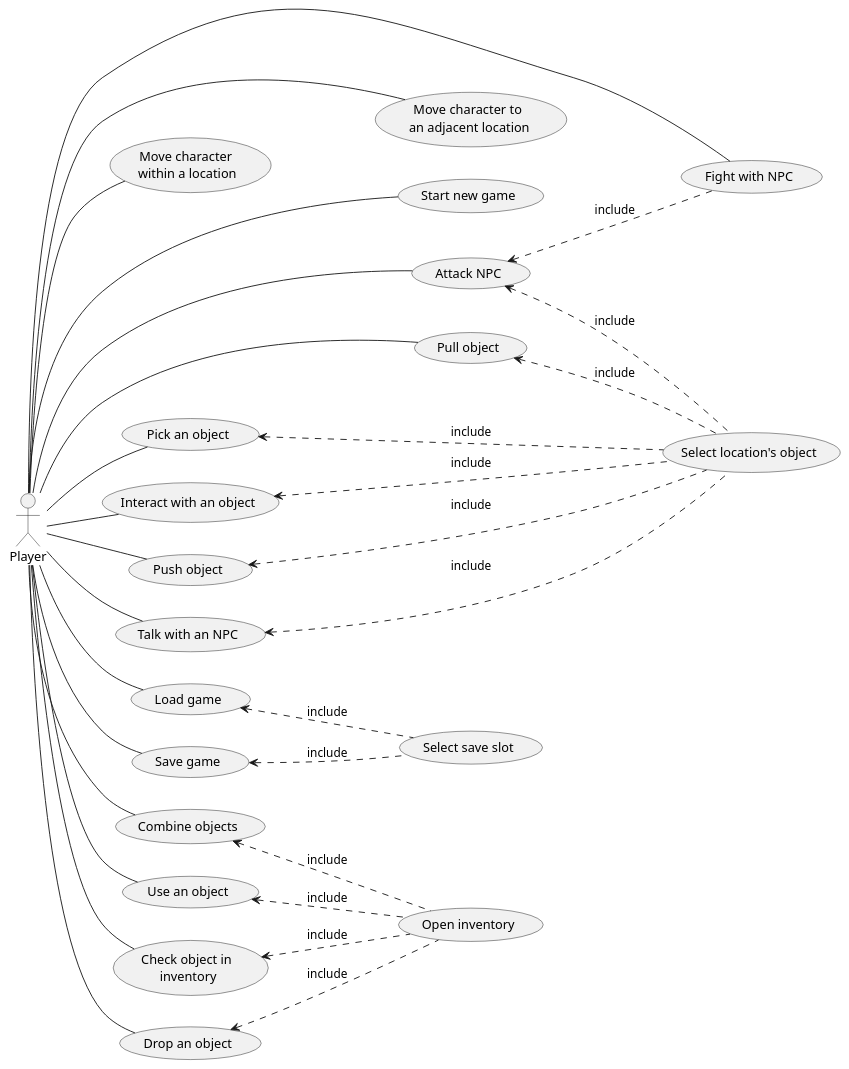
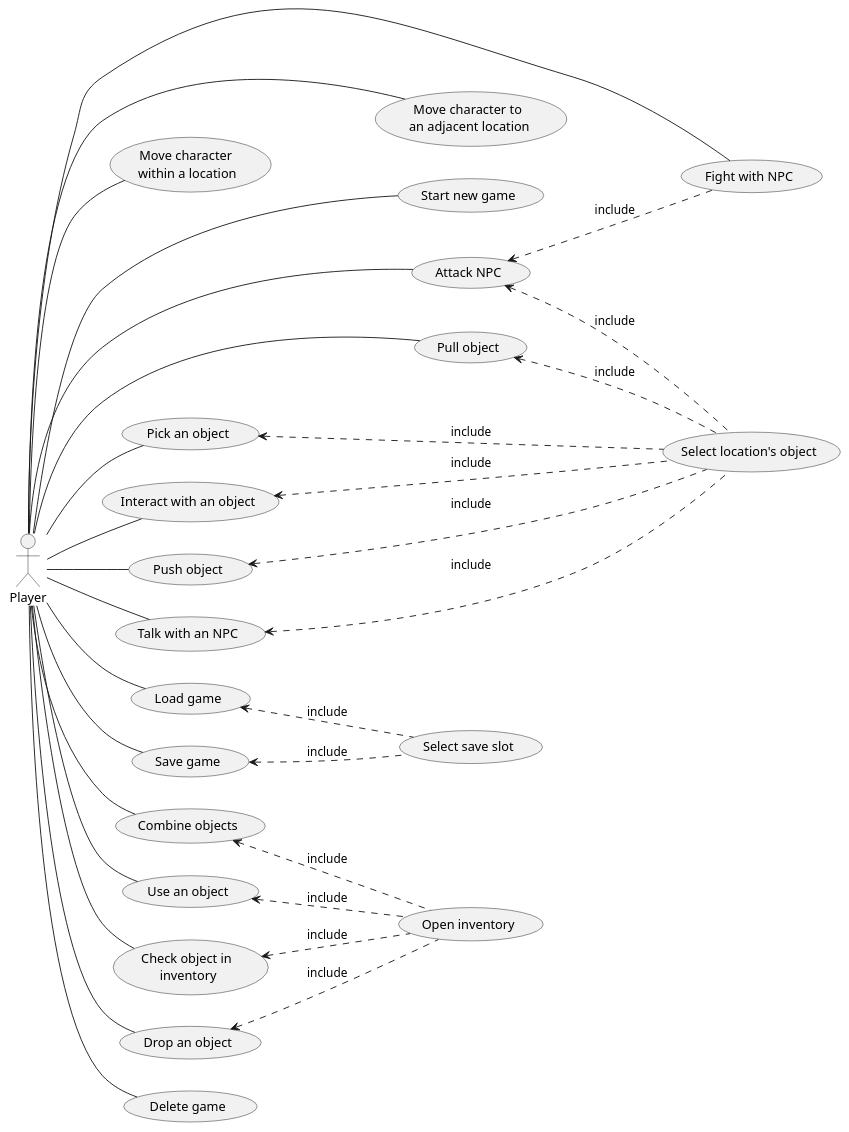
One commit to akszirmai/pquest changed the diagram in docs/design/PQU_UseCase_model.puml. Above: the diagram before and after it, drawn with PlantUML. The commit also changed 15 other files, not shown here.

```diff
--- a/docs/design/PQU_UseCase_model.puml
+++ b/docs/design/PQU_UseCase_model.puml
@@ -1,70 +1,72 @@
 @startuml
 
 left to right direction
 
 actor Player
 together {
     usecase "Start new game" as Start
     usecase "Move character \nwithin a location" as MovInLoc
     usecase "Move character to \nan adjacent location" as MovAdjLoc
 }
 
 together {
     usecase "Pick an object" as PickObj
     usecase "Interact with an object" as IntrObj
     usecase "Push object" as PushObj
     usecase "Pull object" as PullObj
     usecase "Talk with an NPC" as TalkNPC
     usecase "Attack NPC" as AtkNPC
 }
 
 usecase "Check object in \ninventory" as ChkInv
 usecase "Drop an object" as DropObj
 usecase "Combine objects" as CombObj
 usecase "Open inventory" as OpenInv
 usecase "Save game" as Save
 usecase "Load game" as Load
+usecase "Delete game" as Delete
 usecase "Select save slot" as SelSlot
 usecase "Use an object" as UseObj
 usecase "Select location's object" as SelObj
 usecase "Fight with NPC" as FightNPC
 
 Player -- Start
 Player -- MovInLoc
 Player -- MovAdjLoc
 Player -- PickObj
 Player -- ChkInv
 Player -- DropObj
 Player -- UseObj
 Player -- CombObj
 Player -- PushObj
 Player -- PullObj
 Player --- AtkNPC
 Player -- FightNPC
 Player -- Save
 Player -- Load
+Player -- Delete
 OpenInv .up-> DropObj : include
 OpenInv .up-> ChkInv : include
 OpenInv .up-> UseObj : include
 OpenInv .up-> CombObj : include
 SelSlot .up-> Save : include
 SelSlot .up-> Load : include
 Player -- TalkNPC
 
 Player -- IntrObj
 SelObj .up-> PickObj : include
 SelObj .up-> IntrObj : include
 SelObj .up-> TalkNPC : include
 SelObj .up-> PushObj : include
 SelObj .up-> PullObj : include
 SelObj .up-> AtkNPC : include
 FightNPC .up-> AtkNPC : include
 
 ' The following hidden lines try forcing an order among the use cases.'
 
 PullObj -[hidden]- FightNPC
 FightNPC -down[hidden]- AtkNPC
 Start -up[hidden]- MovInLoc
 MovAdjLoc -[hidden]- FightNPC
 
 @enduml
```
